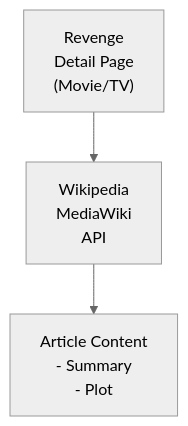
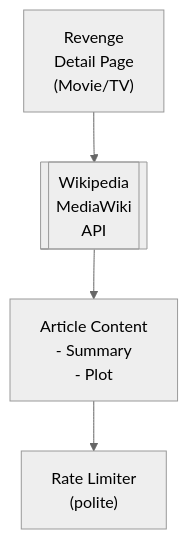
The diagram in docs/dev/design/integrations/wiki/WIKIPEDIA.md (lusoris/revenge), drawn with Mermaid (neutral theme) before and after one commit. The commit also changed 208 other files, not shown here.

First line of the commit message:
feat(docs): Improve ASCII to Mermaid converter with proper box extraction

````diff
--- a/docs/dev/design/integrations/wiki/WIKIPEDIA.md
+++ b/docs/dev/design/integrations/wiki/WIKIPEDIA.md
@@ -57,8 +57,10 @@
 ```mermaid
 flowchart TD
     node1["Revenge<br/>Detail Page<br/>(Movie/TV)"]
-    node2["Wikipedia<br/>MediaWiki<br/>API"]
+    node2[[Wikipedia<br/>MediaWiki<br/>API]]
     node3["Article Content<br/>- Summary<br/>- Plot"]
+    node4["Rate Limiter<br/>(polite)"]
     node2 --> node3
     node1 --> node2
+    node3 --> node4
 ```
````
